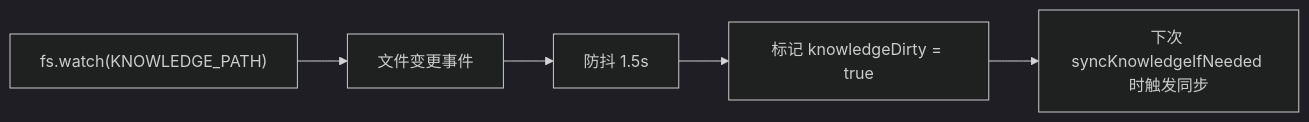
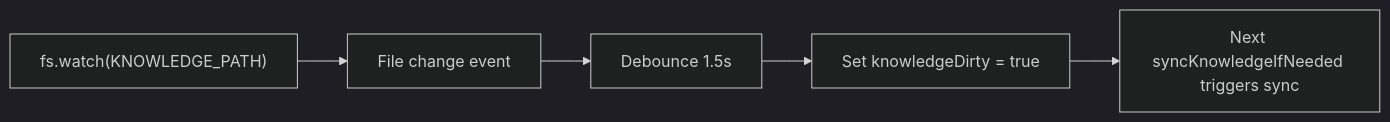
One commit to lchaoer/claudecode-oepnclaw-mem changed the ninth of 11 diagrams in ARCHITECTURE.md. Above: the diagram before and after it, drawn with Mermaid (dark theme). The commit also changed other lines of this file and 2 other files, not shown here.

````diff
--- a/ARCHITECTURE.md
+++ b/ARCHITECTURE.md
@@ -253,7 +321,7 @@
 ```mermaid
 flowchart LR
-    A["fs.watch(KNOWLEDGE_PATH)"] --> B["文件变更事件"]
-    B --> C["防抖 1.5s"]
-    C --> D["标记 knowledgeDirty = true"]
-    D --> E["下次 syncKnowledgeIfNeeded 时触发同步"]
+    A["fs.watch(KNOWLEDGE_PATH)"] --> B["File change event"]
+    B --> C["Debounce 1.5s"]
+    C --> D["Set knowledgeDirty = true"]
+    D --> E["Next syncKnowledgeIfNeeded triggers sync"]
 ```
````
